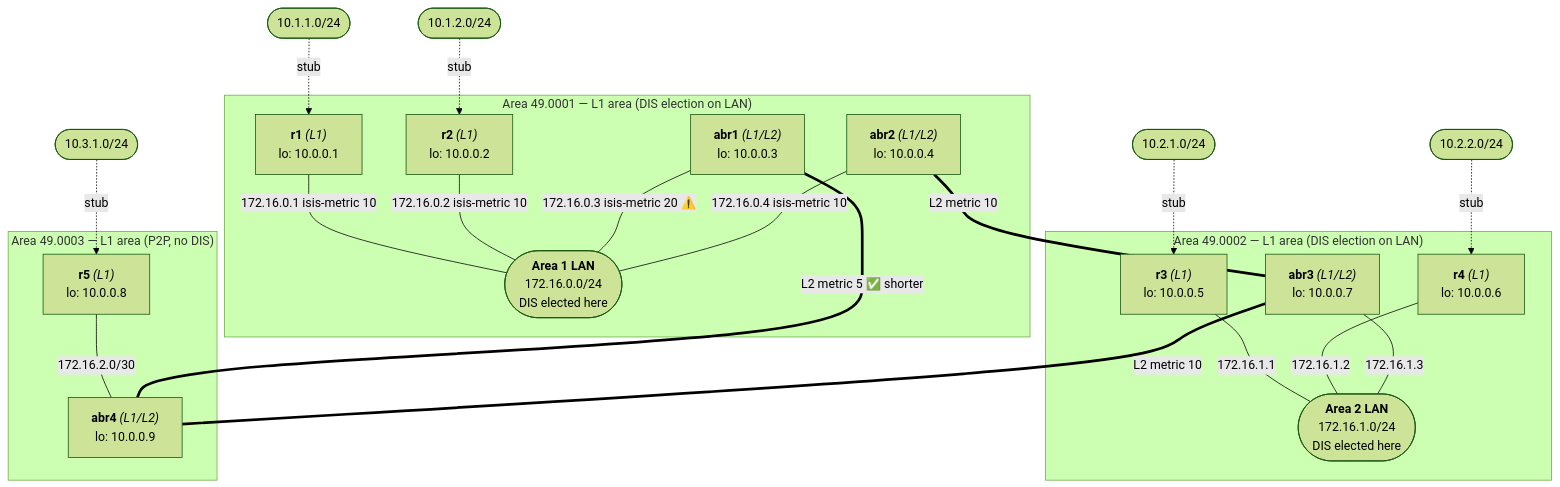
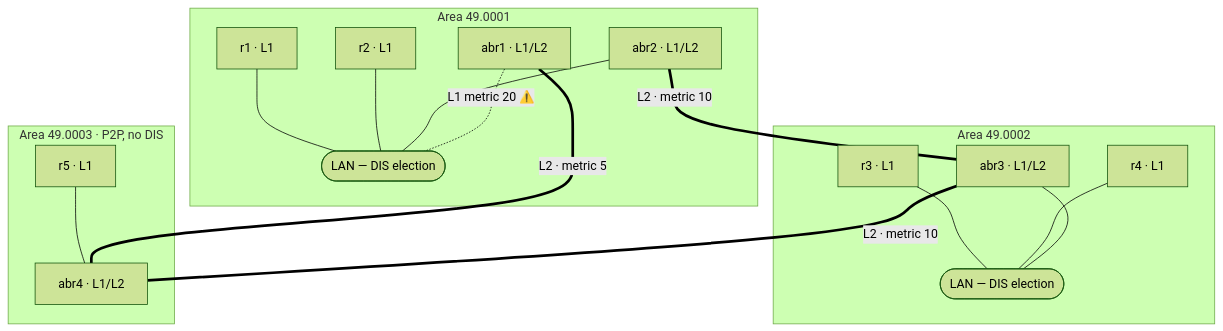
One commit to severindellsperger/netlab-isis-lab changed the diagram in README.md. Above: the diagram before and after it, drawn with Mermaid (forest theme). The commit also changed other lines of this file, not shown here.

Commit message:
Simplify Mermaid diagram and enhance route leaking documentation

````diff
--- a/README.md
+++ b/README.md
@@ -11,60 +11,34 @@
 ```mermaid
-graph TB
-
-    subgraph area1["Area 49.0001 — L1 area (DIS election on LAN)"]
-        lan1(["`**Area 1 LAN**
-        172.16.0.0/24
-        DIS elected here`"])
-
-        r1["`**r1** *(L1)*
-        lo: 10.0.0.1`"]
-        r2["`**r2** *(L1)*
-        lo: 10.0.0.2`"]
-        abr1["`**abr1** *(L1/L2)*
-        lo: 10.0.0.3`"]
-        abr2["`**abr2** *(L1/L2)*
-        lo: 10.0.0.4`"]
-
-        r1 -- "172.16.0.1  isis-metric 10" --- lan1
-        r2 -- "172.16.0.2  isis-metric 10" --- lan1
-        abr1 -- "172.16.0.3  isis-metric 20 ⚠️" --- lan1
-        abr2 -- "172.16.0.4  isis-metric 10" --- lan1
+graph TD
+    subgraph A1["Area 49.0001"]
+        LAN1(["LAN — DIS election"])
+        r1["r1 · L1"]
+        r2["r2 · L1"]
+        abr1["abr1 · L1/L2"]
+        abr2["abr2 · L1/L2"]
+        r1 --- LAN1
+        r2 --- LAN1
+        abr2 --- LAN1
+        abr1 -. "L1 metric 20 ⚠️" .- LAN1
     end
 
-    cust1([10.1.1.0/24]) -. stub .-> r1
-    cust2([10.1.2.0/24]) -. stub .-> r2
-
-    subgraph area2["Area 49.0002 — L1 area (DIS election on LAN)"]
-        lan2(["`**Area 2 LAN**
-        172.16.1.0/24
-        DIS elected here`"])
-
-        r3["`**r3** *(L1)*
-        lo: 10.0.0.5`"]
-        r4["`**r4** *(L1)*
-        lo: 10.0.0.6`"]
-        abr3["`**abr3** *(L1/L2)*
-        lo: 10.0.0.7`"]
-
-        r3 -- "172.16.1.1" --- lan2
-        r4 -- "172.16.1.2" --- lan2
-        abr3 -- "172.16.1.3" --- lan2
+    subgraph A2["Area 49.0002"]
+        LAN2(["LAN — DIS election"])
+        r3["r3 · L1"]
+        r4["r4 · L1"]
+        abr3["abr3 · L1/L2"]
+        r3 --- LAN2
+        r4 --- LAN2
+        abr3 --- LAN2
     end
 
-    cust3([10.2.1.0/24]) -. stub .-> r3
-    cust4([10.2.2.0/24]) -. stub .-> r4
-
-    subgraph area3["Area 49.0003 — L1 area (P2P, no DIS)"]
-        r5["`**r5** *(L1)*
-        lo: 10.0.0.8`"]
-        abr4["`**abr4** *(L1/L2)*
-        lo: 10.0.0.9`"]
-        r5 -- "172.16.2.0/30" --- abr4
+    subgraph A3["Area 49.0003 · P2P, no DIS"]
+        r5["r5 · L1"]
+        abr4["abr4 · L1/L2"]
+        r5 --- abr4
     end
 
-    cust5([10.3.1.0/24]) -. stub .-> r5
-
-    abr1 == "L2  metric 5 ✅ shorter" === abr4
-    abr2 == "L2  metric 10" === abr3
-    abr3 == "L2  metric 10" === abr4
+    abr1 == "L2 · metric 5" === abr4
+    abr2 == "L2 · metric 10" === abr3
+    abr3 == "L2 · metric 10" === abr4
 ```
````
